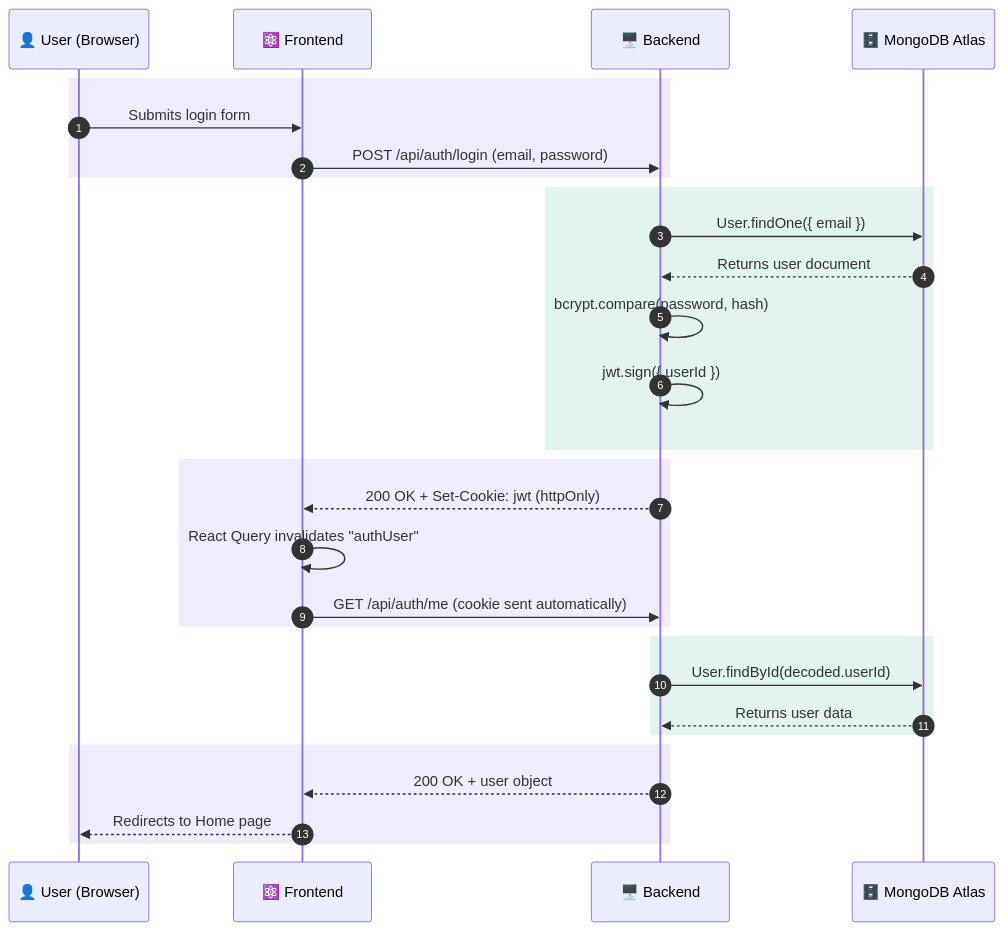
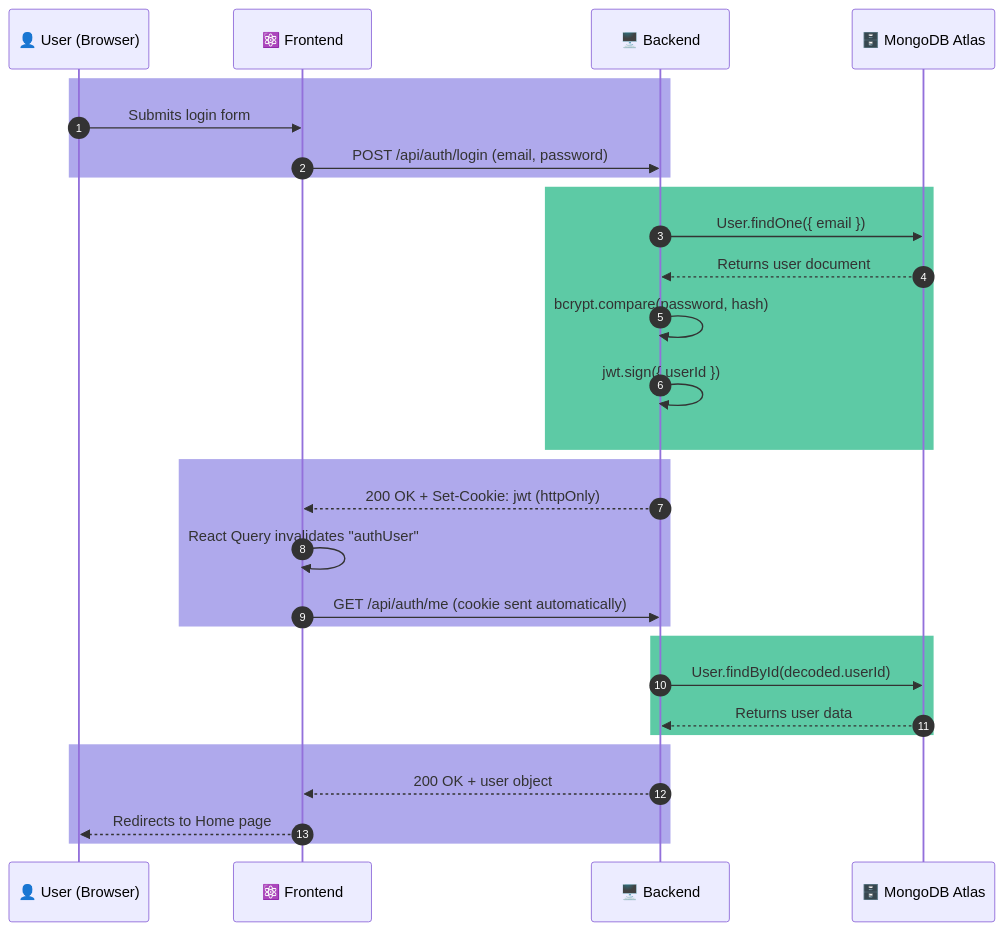
One commit to aasthabajpai010/BhashaShikho changed the second of 4 diagrams in ARCHITECTURE.md. Above: the diagram before and after it, drawn with Mermaid. The commit also changed other lines of this file, not shown here.

Commit message:
Improve diagram color contrast for dark mode visibility

````diff
--- a/ARCHITECTURE.md
+++ b/ARCHITECTURE.md
@@ -64,32 +64,32 @@
 ```mermaid
 sequenceDiagram
     autonumber
     participant U as 👤 User (Browser)
     participant F as ⚛️ Frontend
     participant B as 🖥️ Backend
     participant M as 🗄️ MongoDB Atlas
 
-    rect rgb(238, 237, 254)
+    rect rgb(175, 169, 236)
     U->>F: Submits login form
     F->>B: POST /api/auth/login (email, password)
     end
-    rect rgb(225, 245, 238)
+    rect rgb(93, 202, 165)
     B->>M: User.findOne({ email })
     M-->>B: Returns user document
     B->>B: bcrypt.compare(password, hash)
     B->>B: jwt.sign({ userId })
     end
-    rect rgb(238, 237, 254)
+    rect rgb(175, 169, 236)
     B-->>F: 200 OK + Set-Cookie: jwt (httpOnly)
     F->>F: React Query invalidates "authUser"
     F->>B: GET /api/auth/me (cookie sent automatically)
     end
-    rect rgb(225, 245, 238)
+    rect rgb(93, 202, 165)
     B->>M: User.findById(decoded.userId)
     M-->>B: Returns user data
     end
-    rect rgb(238, 237, 254)
+    rect rgb(175, 169, 236)
     B-->>F: 200 OK + user object
     F-->>U: Redirects to Home page
     end
 ```
````
